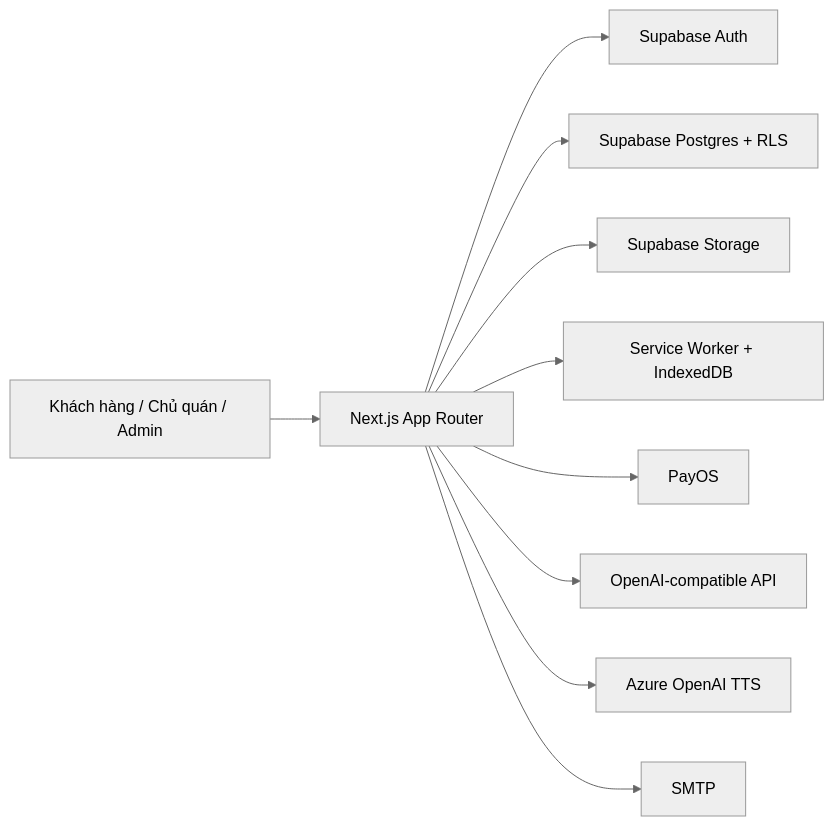
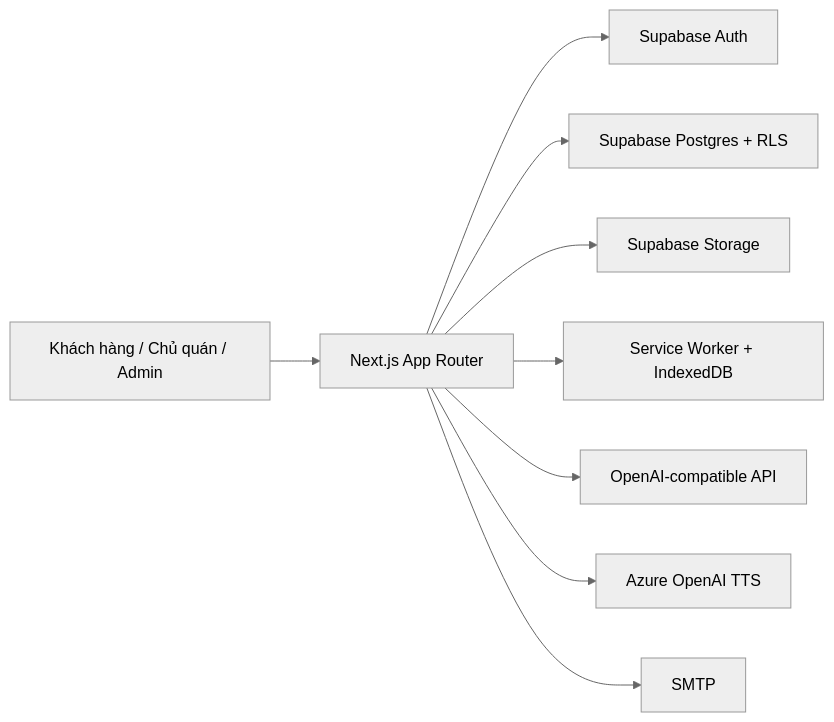
Before and after one commit to zaikaman/FlavorQuest: the diagram in README.md, drawn with Mermaid (neutral theme). The commit also changed other lines of this file and 38 other files, not shown here.

````diff
--- a/README.md
+++ b/README.md
@@ -102,12 +98,11 @@
 ```mermaid
 flowchart LR
   A["Khách hàng / Chủ quán / Admin"] --> B["Next.js App Router"]
   B --> C["Supabase Auth"]
   B --> D["Supabase Postgres + RLS"]
   B --> E["Supabase Storage"]
   B --> F["Service Worker + IndexedDB"]
-  B --> G["PayOS"]
   B --> H["OpenAI-compatible API"]
   B --> I["Azure OpenAI TTS"]
   B --> J["SMTP"]
 ```
````
